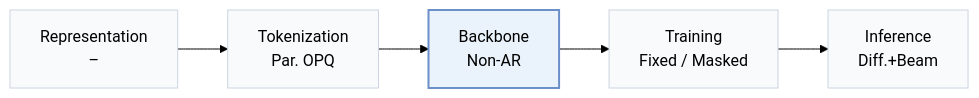
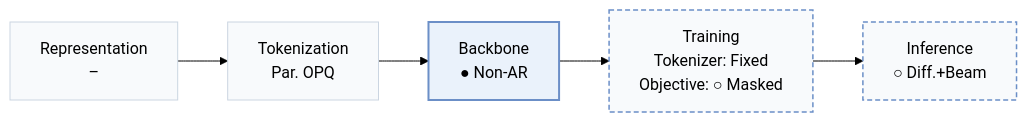
Before and after one commit to Galaxy-ghost/Awesome-SID-Generative-Rec: the first of 2 diagrams in pages/papers/mdgr.md, drawn with Mermaid (forest theme). The commit also changed other lines of this file and 558 other files, not shown here.

````diff
--- a/pages/papers/mdgr.md
+++ b/pages/papers/mdgr.md
@@ -15,8 +18,10 @@
 ```mermaid
 flowchart LR
-    R["Representation<br/>–"] --> T["Tokenization<br/>Par. OPQ"] --> B["Backbone<br/>Non-AR"] --> TR["Training<br/>Fixed / Masked"] --> I["Inference<br/>Diff.+Beam"]
+    R["Representation<br/>–"] --> T["Tokenization<br/>Par. OPQ"] --> B["Backbone<br/>● Non-AR"] --> TR["Training<br/>Tokenizer: Fixed<br/>Objective: ○ Masked"] --> I["Inference<br/>○ Diff.+Beam"]
     classDef base fill:#f8fafc,stroke:#cbd5e1
     class R,T,B,TR,I base
+    classDef other fill:#f8fafc,stroke:#6b8fc7,stroke-width:1.5px,stroke-dasharray:5 3
+    class TR,I other
     classDef main fill:#eaf2fb,stroke:#6b8fc7,stroke-width:2px
     class B main
 ```
````
